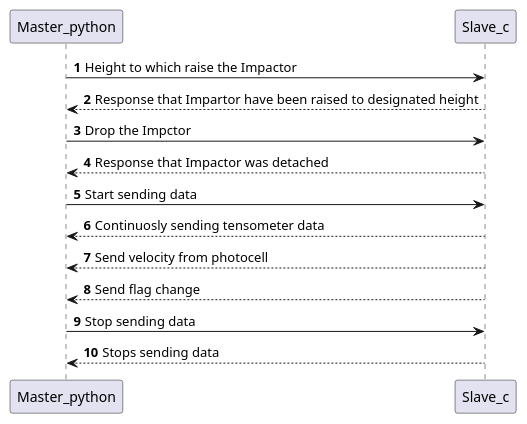
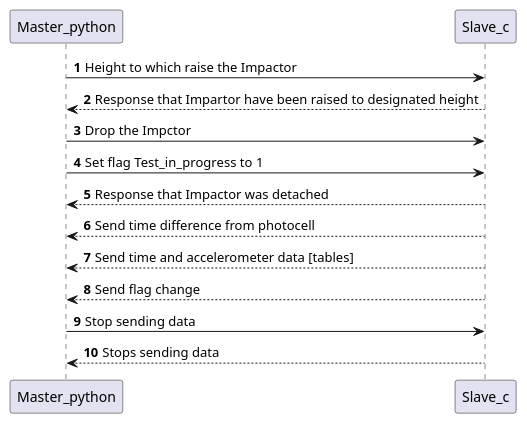
One commit to OlaffoJaszczur/Test_rig_for_impact changed the diagram in puml/Master_slave.puml. Above: the diagram before and after it, drawn with PlantUML. The commit also changed 4 other files, not shown here.

```diff
--- a/puml/Master_slave.puml
+++ b/puml/Master_slave.puml
@@ -1,19 +1,18 @@
 @startuml
 'https://plantuml.com/sequence-diagram
 
 autonumber
 Master_python -> Slave_c: Height to which raise the Impactor
 Slave_c --> Master_python: Response that Impartor have been raised to designated height
 
 Master_python -> Slave_c: Drop the Impctor
+Master_python -> Slave_c: Set flag Test_in_progress to 1
 Slave_c --> Master_python: Response that Impactor was detached
 
-Master_python -> Slave_c: Start sending data
-Slave_c --> Master_python: Continuosly sending tensometer data
-
-Slave_c --> Master_python: Send velocity from photocell
+Slave_c --> Master_python: Send time difference from photocell
+Slave_c --> Master_python: Send time and accelerometer data [tables]
 Slave_c --> Master_python: Send flag change
 
 Master_python -> Slave_c: Stop sending data
 Slave_c --> Master_python: Stops sending data
 @enduml
```
